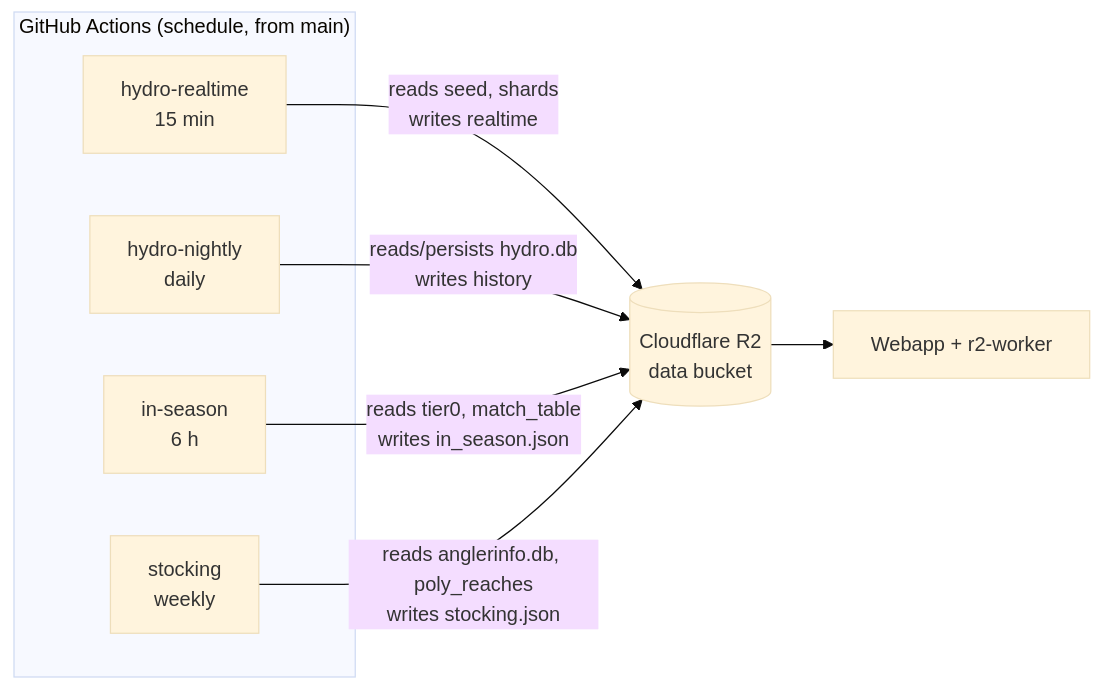
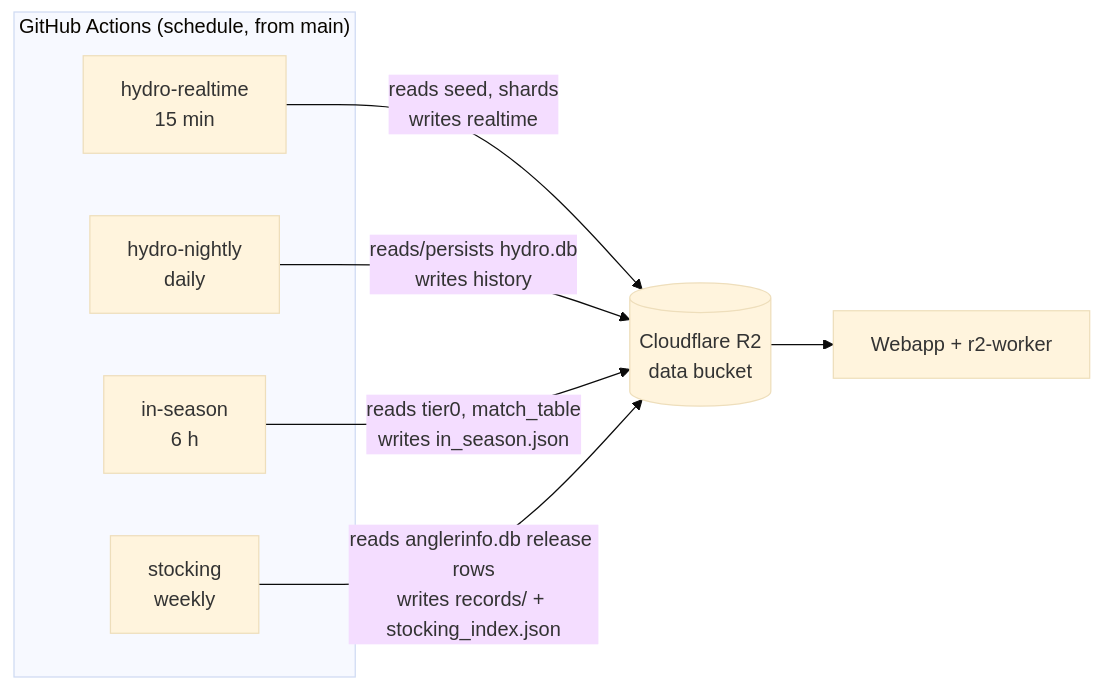
Before and after one commit to HorvathDawson/BC-freshwater-fishing-regulations: the first of 4 diagrams in pipeline/recurring/CRON_DATA_FLOW.md, drawn with Mermaid (base theme). The commit also changed other lines of this file and 31 other files, not shown here.

````diff
--- a/pipeline/recurring/CRON_DATA_FLOW.md
+++ b/pipeline/recurring/CRON_DATA_FLOW.md
@@ -25,17 +33,17 @@
 ```mermaid
 flowchart LR
     subgraph GHA["GitHub Actions (schedule, from main)"]
         RT[hydro-realtime<br/>15 min]
         NT[hydro-nightly<br/>daily]
         IS[in-season<br/>6 h]
         ST[stocking<br/>weekly]
     end
     R2[(Cloudflare R2<br/>data bucket)]
     APP[Webapp + r2-worker]
 
     RT -->|reads seed, shards<br/>writes realtime| R2
     NT -->|reads/persists hydro.db<br/>writes history| R2
     IS -->|reads tier0, match_table<br/>writes in_season.json| R2
-    ST -->|reads anglerinfo.db, poly_reaches<br/>writes stocking.json| R2
+    ST -->|reads anglerinfo.db release rows<br/>writes records/ + stocking_index.json| R2
     R2 --> APP
 ```
````
